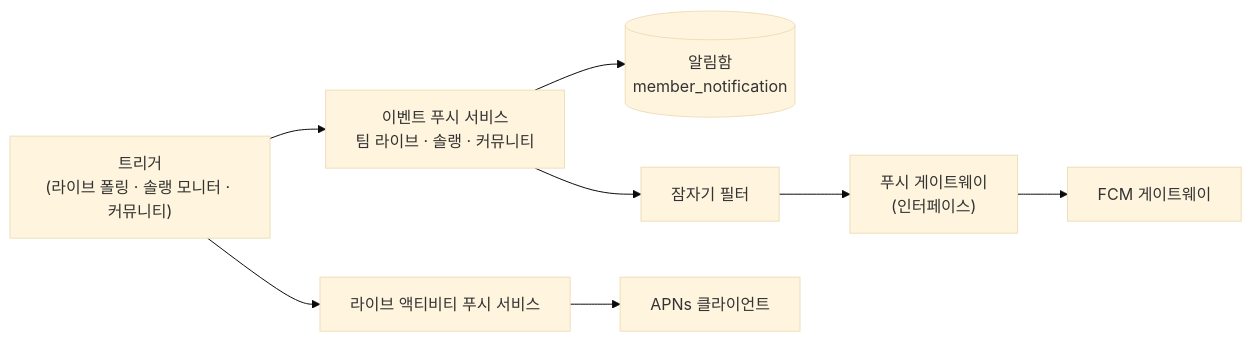
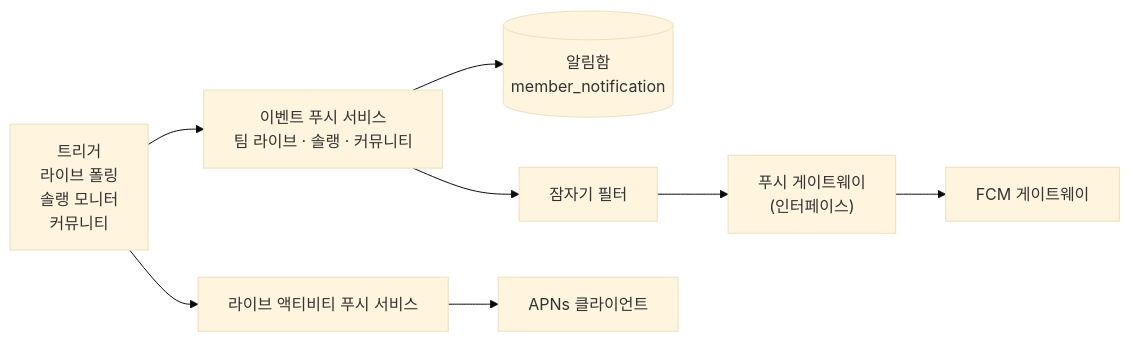
The diagram in docs/notification-push-architecture.md (NAR-GG/nar-back-repo), drawn with Mermaid (base theme) before and after one commit.

Commit message:
docs: 트리거 노드 라벨 줄바꿈 — 깃허브 렌더 잘림

````diff
--- a/docs/notification-push-architecture.md
+++ b/docs/notification-push-architecture.md
@@ -5,13 +5,13 @@
 ```mermaid
 flowchart LR
-    T["트리거<br/>(라이브 폴링 · 솔랭 모니터 · 커뮤니티)"]
+    T["트리거<br/>라이브 폴링<br/>솔랭 모니터<br/>커뮤니티"]
     T --> E[이벤트 푸시 서비스<br/>팀 라이브 · 솔랭 · 커뮤니티]
     T --> L[라이브 액티비티 푸시 서비스]
 
     E --> N[(알림함<br/>member_notification)]
     E --> Q[잠자기 필터]
     Q --> G["푸시 게이트웨이<br/>(인터페이스)"]
     G --> F[FCM 게이트웨이]
 
     L --> A[APNs 클라이언트]
 ```
````
